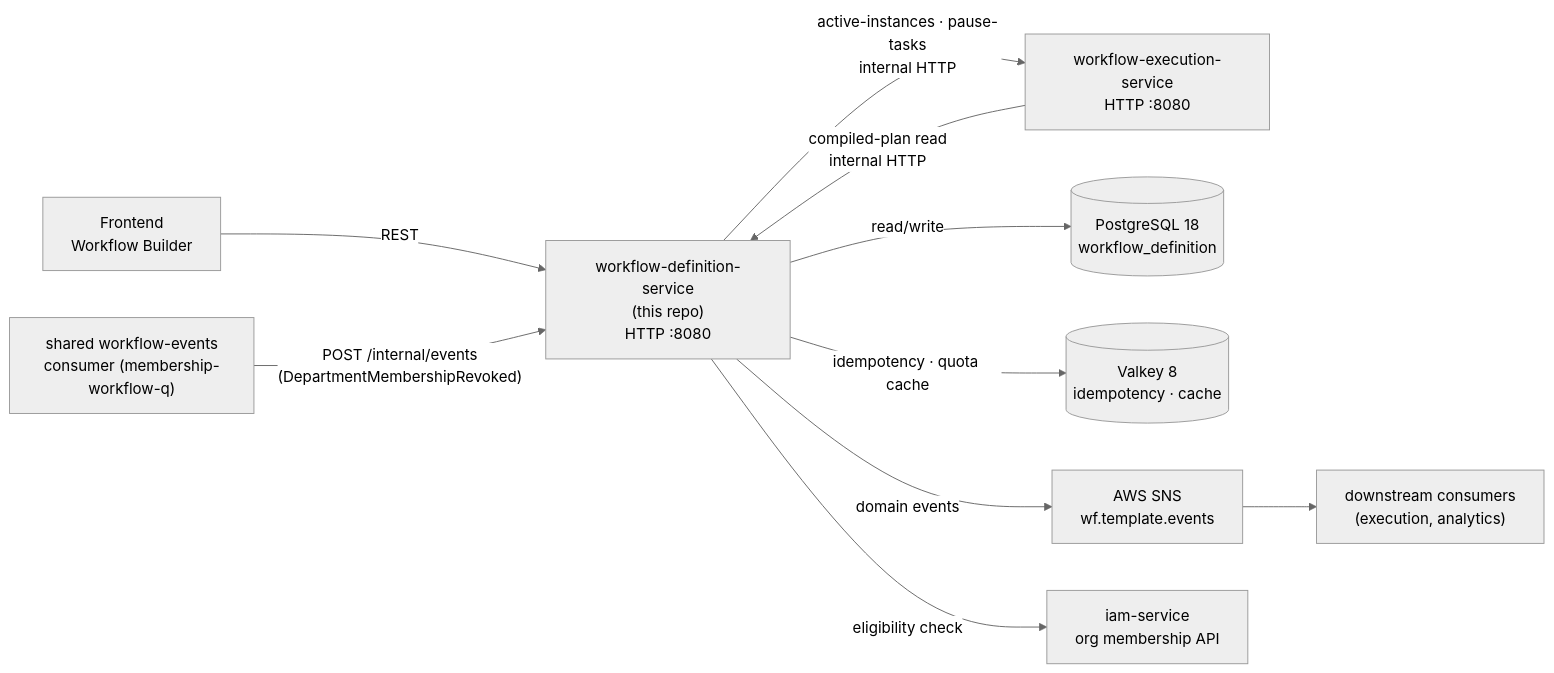
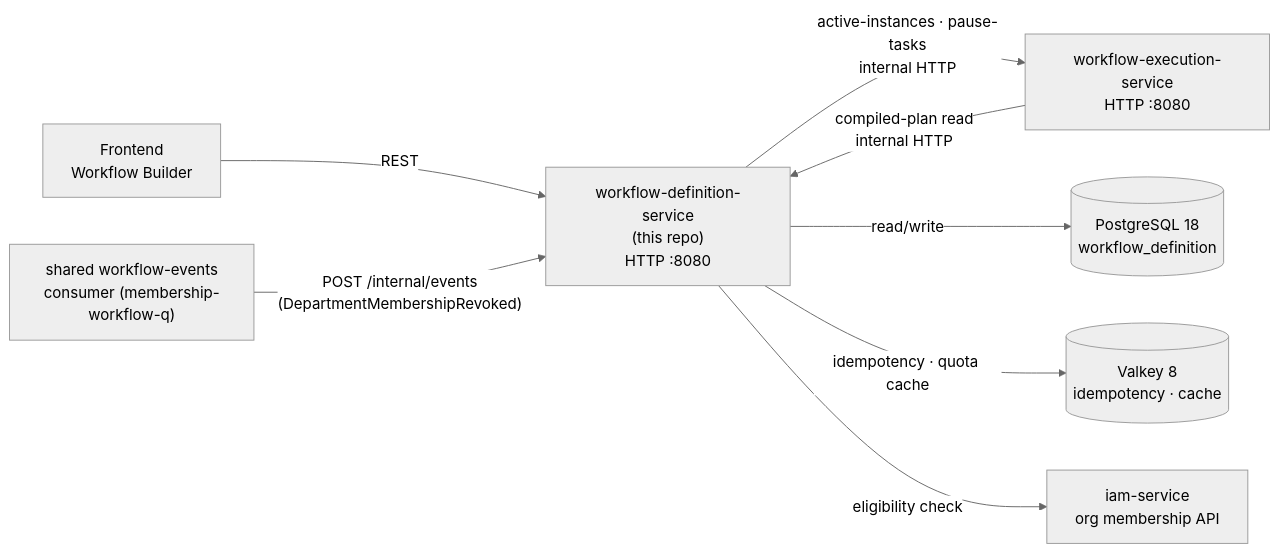
Before and after one commit to BCBP-SOLUTIONS-FZC-LLC/workflow-definition-service: the diagram in docs/architecture/mermaid/system-context.mmd, drawn with Mermaid (neutral theme). The commit also changed 56 other files, not shown here.

First line of the commit message:
wip: the service has no outbox, relay, SNS publisher or Glue codec; non-dev requires the Org, Execution URL and token (LLD rev 1.32)

```diff
--- a/docs/architecture/mermaid/system-context.mmd
+++ b/docs/architecture/mermaid/system-context.mmd
@@ -1,20 +1,16 @@
 flowchart LR
     FE["Frontend\nWorkflow Builder"]
     DEF["workflow-definition-service\n(this repo)\nHTTP :8080"]
     EXEC["workflow-execution-service\nHTTP :8080"]
     DB[("PostgreSQL 18\nworkflow_definition")]
     CACHE[("Valkey 8\nidempotency · cache")]
-    SNS["AWS SNS\nwf.template.events"]
     CONSUMER["shared workflow-events\nconsumer (membership-workflow-q)"]
     IAM["iam-service\norg membership API"]
-    DOWNSTREAM["downstream consumers\n(execution, analytics)"]
 
     FE -->|"REST"| DEF
     EXEC -->|"compiled-plan read\ninternal HTTP"| DEF
     DEF -->|"active-instances · pause-tasks\ninternal HTTP"| EXEC
     DEF -->|"read/write"| DB
     DEF -->|"idempotency · quota cache"| CACHE
-    DEF -->|"domain events"| SNS
-    SNS --> DOWNSTREAM
     CONSUMER -->|"POST /internal/events\n(DepartmentMembershipRevoked)"| DEF
     DEF -->|"eligibility check"| IAM
```
